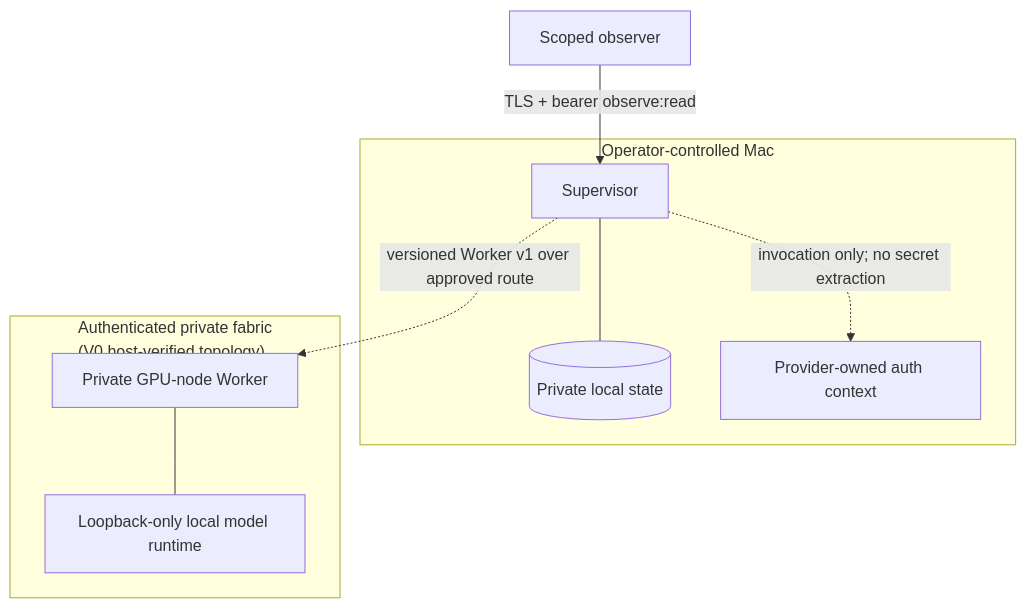
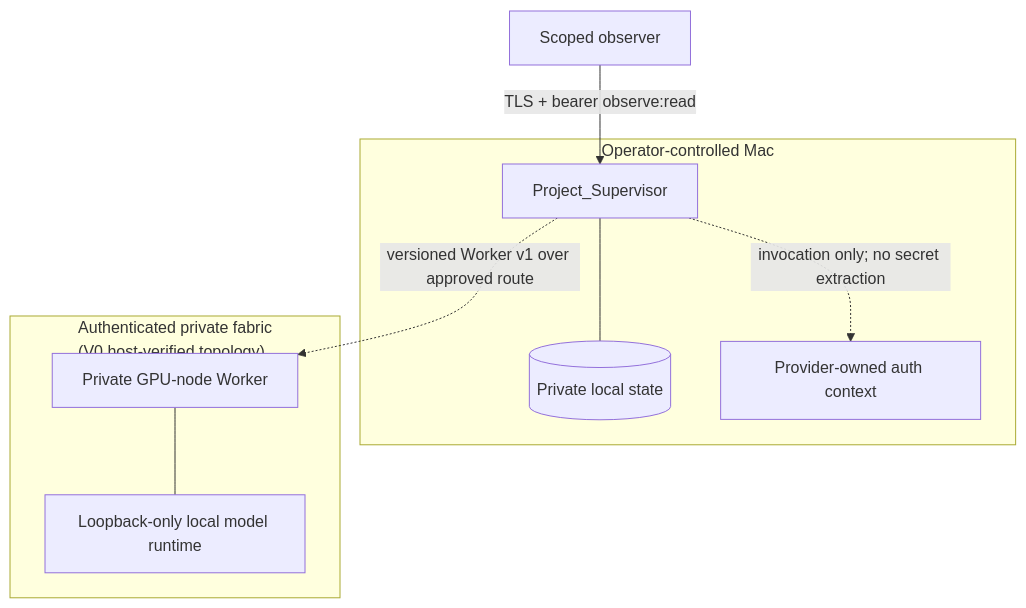
Before and after one commit to Ka1y0/Chips_Agent_Fabric: the third of 3 diagrams in docs/ARCHITECTURE.md, drawn with Mermaid. The commit also changed other lines of this file and 130 other files, not shown here.

````diff
--- a/docs/ARCHITECTURE.md
+++ b/docs/ARCHITECTURE.md
@@ -120,20 +156,20 @@
 ```mermaid
 flowchart TB
     subgraph trusted["Operator-controlled Mac"]
-        supervisor["Supervisor"]
+        supervisor["Project_Supervisor"]
         sqlite[("Private local state")]
         providerAuth["Provider-owned auth context"]
         supervisor --- sqlite
         supervisor -. "invocation only; no secret extraction" .-> providerAuth
     end
 
     subgraph private["Authenticated private fabric<br/>(V0 host-verified topology)"]
         pc["Private GPU-node Worker"]
         model["Loopback-only local model runtime"]
         pc --- model
     end
 
     observer["Scoped observer"]
     observer -->|"TLS + bearer observe:read"| supervisor
     supervisor -. "versioned Worker v1 over approved route" .-> pc
 ```
````
